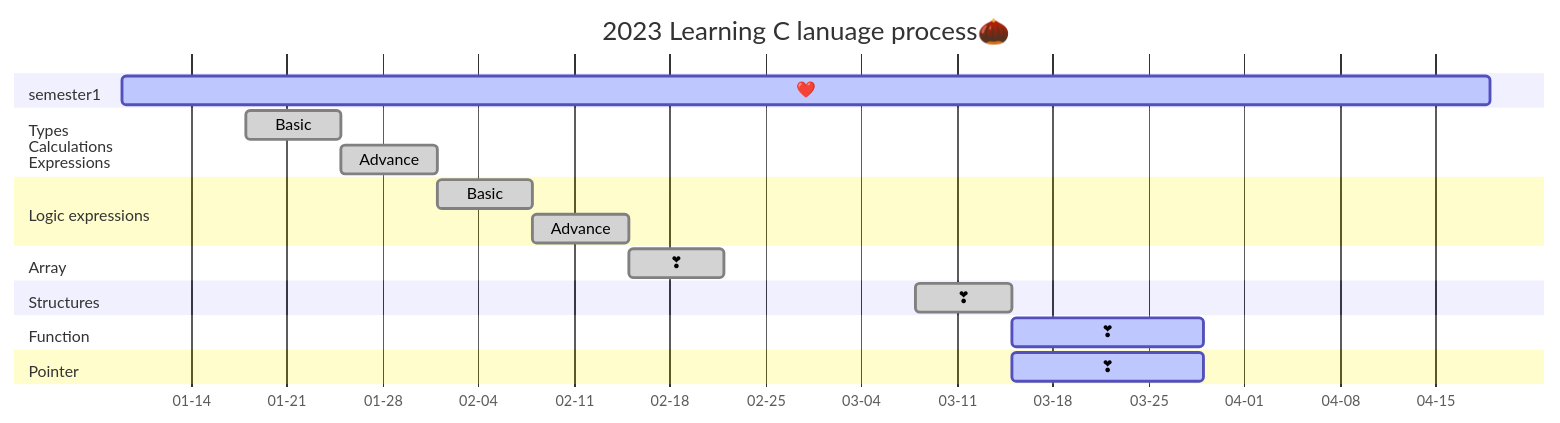
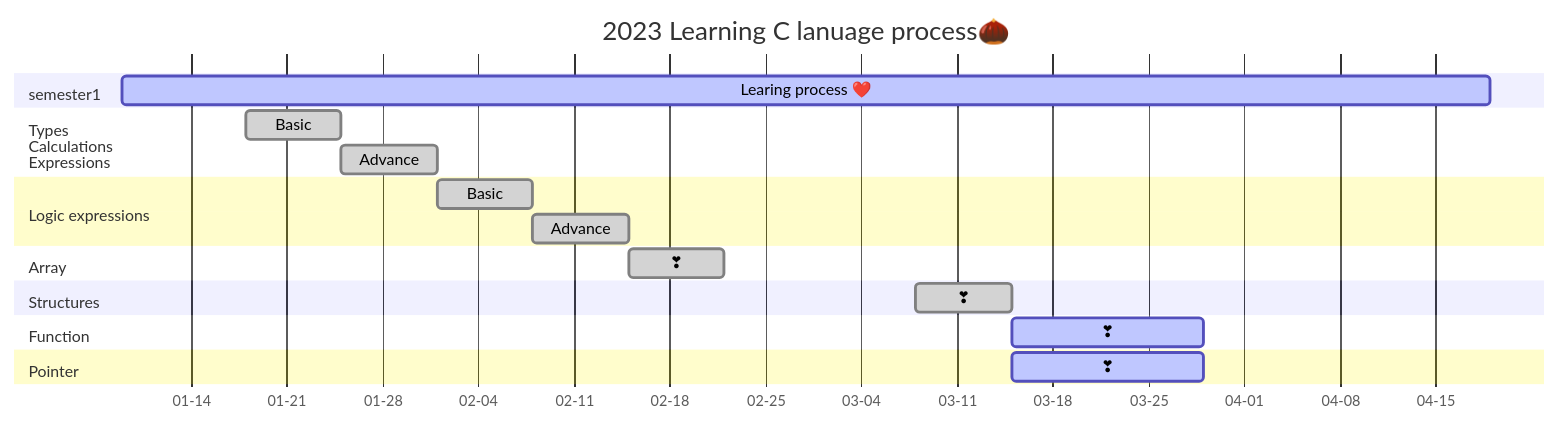
The diagram in README.md (AimeeWen1992/Learning-C), drawn with Mermaid before and after one commit.

````diff
--- a/README.md
+++ b/README.md
@@ -15,28 +15,28 @@
 ```mermaid
 gantt
 title 2023 Learning C lanuage process🌰 
 dateFormat YYYY-MM-DD
 axisFormat %m-%d
 
 section semester1
-        ❤️:active,01-09,100d
+Learing process        ❤️:active,01-09,100d
 section Types<br />Calculations<br />Expressions
  Basic   :done,01-18,7d
  Advance :done,01-25,7d
 
 section Logic expressions
 Basic   :done,02-01,7d
 Advance :done,02-08,7d
 
 section Array
  ❣   :done,02-15,7d
 
 section Structures
  ❣   :done,03-08,7d
 
 section Function
  ❣   :active,03-15,14d
 
 section Pointer
  ❣   :active,03-15,14d
 ```
````
